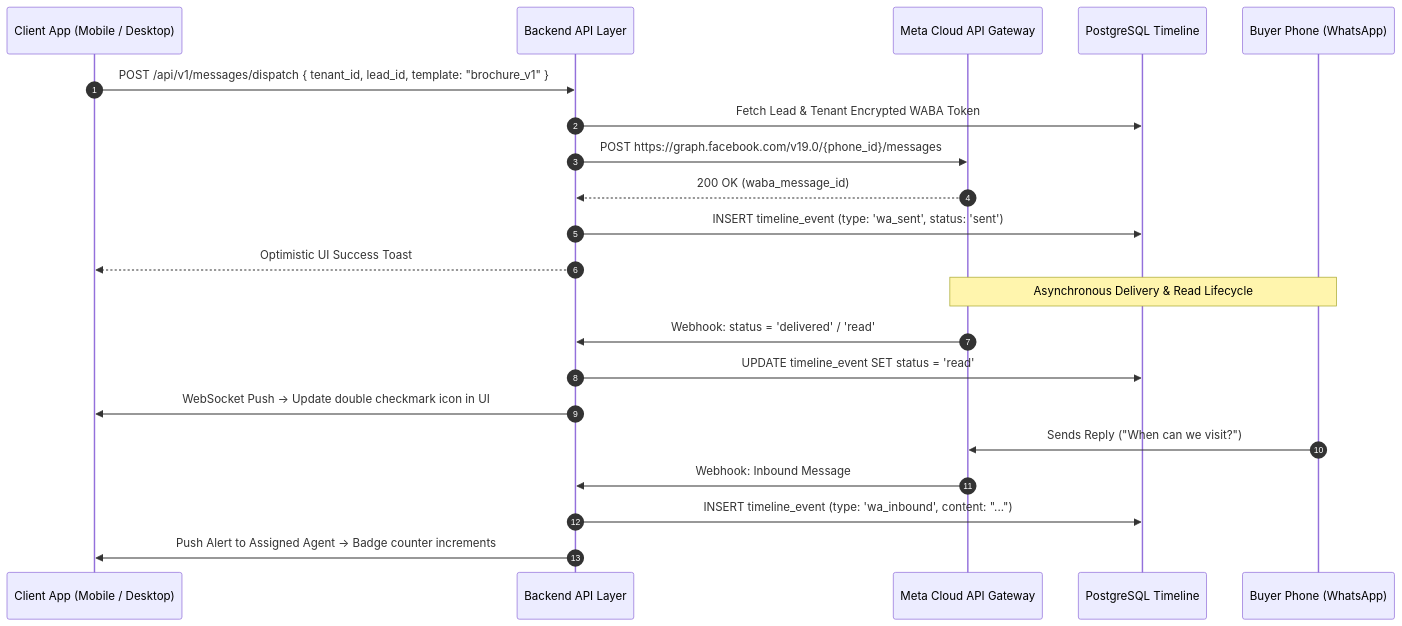
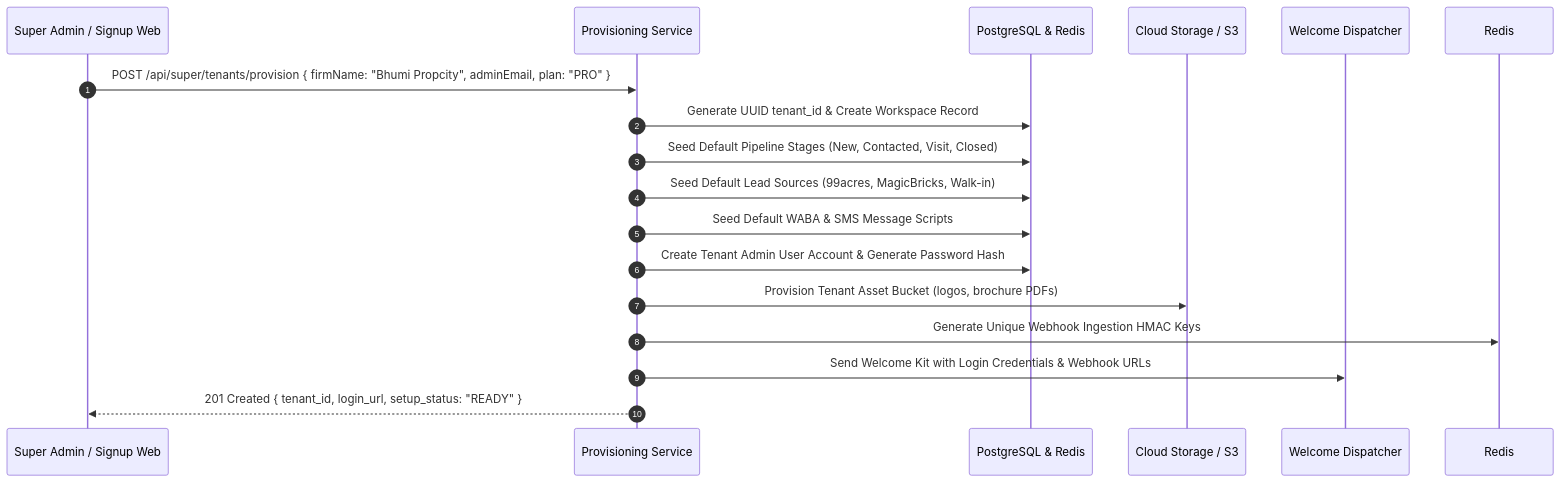
Before and after one commit to roguetitan1703/realCrm: the third of 3 diagrams in ARCHITECTURE_DECLARATION.md, drawn with Mermaid. The commit also changed other lines of this file, not shown here.

Commit message:
docs: expand architecture declaration with module plugin contract, integration engine, import/export dedup, and automated onboarding

````diff
--- a/ARCHITECTURE_DECLARATION.md
+++ b/ARCHITECTURE_DECLARATION.md
@@ -123,26 +162,20 @@
 ```mermaid
 sequenceDiagram
     autonumber
-    participant UI as Client App (Mobile / Desktop)
-    participant API as Backend API Layer
-    participant WABA as Meta Cloud API Gateway
-    participant DB as PostgreSQL Timeline
-    participant Buyer as Buyer Phone (WhatsApp)
+    participant Admin as Super Admin / Signup Web
+    participant API as Provisioning Service
+    participant DB as PostgreSQL & Redis
+    participant Storage as Cloud Storage / S3
+    participant Email as Welcome Dispatcher
 
-    UI->>API: POST /api/v1/messages/dispatch { tenant_id, lead_id, template: "brochure_v1" }
-    API->>DB: Fetch Lead & Tenant Encrypted WABA Token
-    API->>WABA: POST https://graph.facebook.com/v19.0/{phone_id}/messages
-    WABA-->>API: 200 OK (waba_message_id)
-    API->>DB: INSERT timeline_event (type: 'wa_sent', status: 'sent')
-    API-->>UI: Optimistic UI Success Toast
-    
-    Note over WABA,Buyer: Asynchronous Delivery & Read Lifecycle
-    WABA->>API: Webhook: status = 'delivered' / 'read'
-    API->>DB: UPDATE timeline_event SET status = 'read'
-    API->>UI: WebSocket Push -> Update double checkmark icon in UI
-    
-    Buyer->>WABA: Sends Reply ("When can we visit?")
-    WABA->>API: Webhook: Inbound Message
-    API->>DB: INSERT timeline_event (type: 'wa_inbound', content: "...")
-    API->>UI: Push Alert to Assigned Agent -> Badge counter increments
+    Admin->>API: POST /api/super/tenants/provision { firmName: "Bhumi Propcity", adminEmail, plan: "PRO" }
+    API->>DB: Generate UUID tenant_id & Create Workspace Record
+    API->>DB: Seed Default Pipeline Stages (New, Contacted, Visit, Closed)
+    API->>DB: Seed Default Lead Sources (99acres, MagicBricks, Walk-in)
+    API->>DB: Seed Default WABA & SMS Message Scripts
+    API->>DB: Create Tenant Admin User Account & Generate Password Hash
+    API->>Storage: Provision Tenant Asset Bucket (logos, brochure PDFs)
+    API->>Redis: Generate Unique Webhook Ingestion HMAC Keys
+    API->>Email: Send Welcome Kit with Login Credentials & Webhook URLs
+    API-->>Admin: 201 Created { tenant_id, login_url, setup_status: "READY" }
 ```
````
